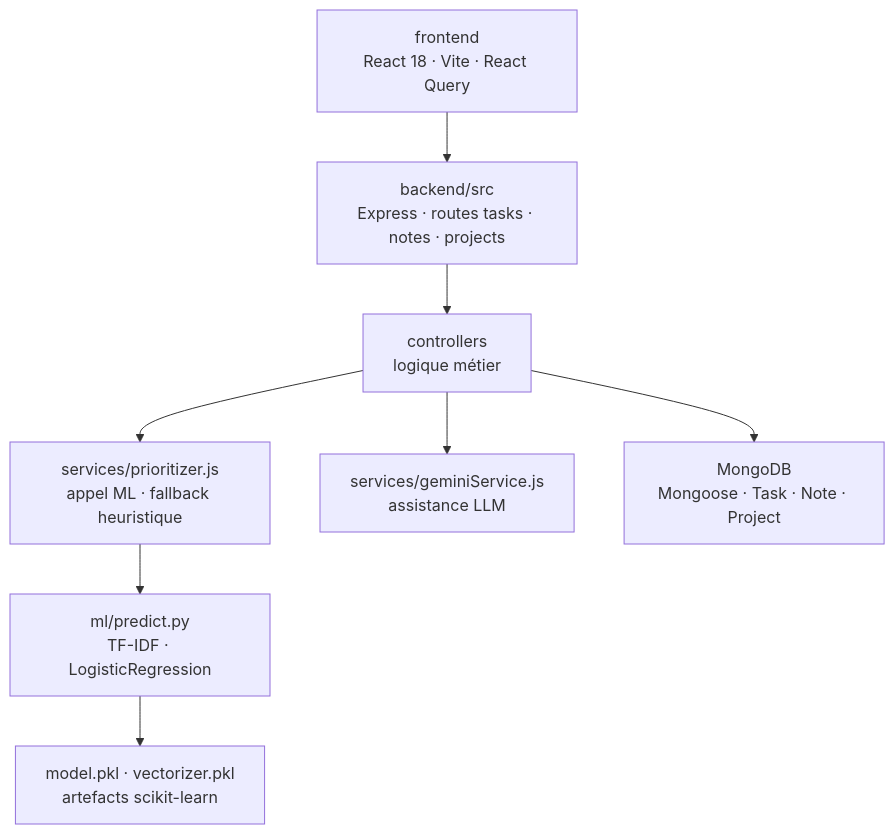
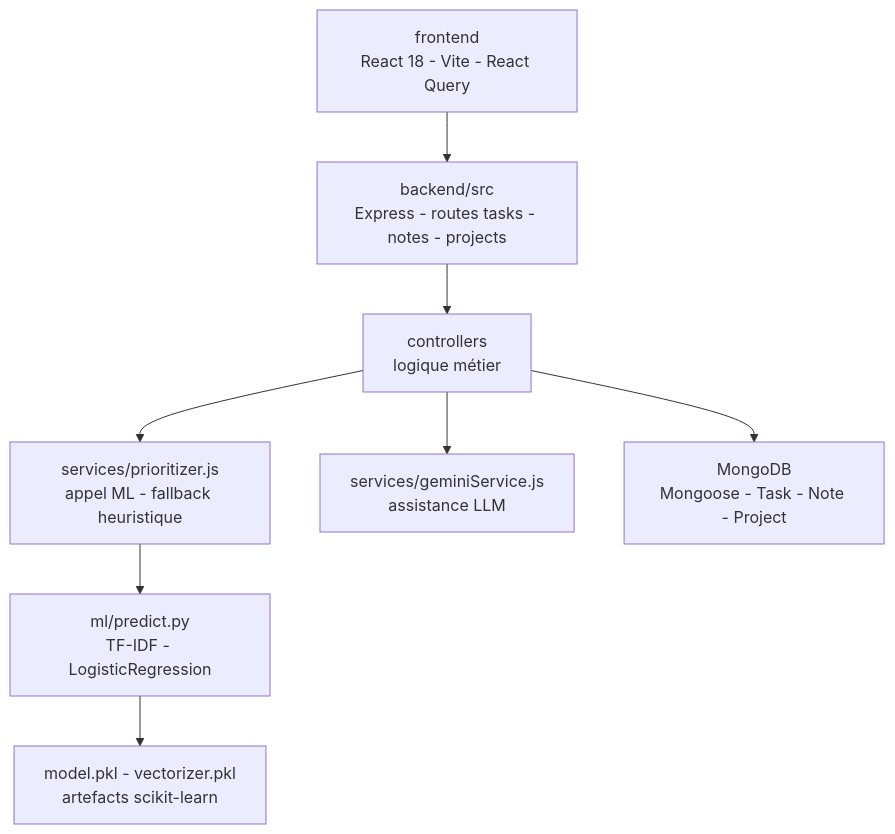
One commit to Adam-Blf/Taskmate changed the diagram in README.md. Above: the diagram before and after it, drawn with Mermaid. The commit also changed other lines of this file, not shown here.

Commit message:
docs: typography pass, no em dash or middle dot (#3)

````diff
--- a/README.md
+++ b/README.md
@@ -27,18 +27,18 @@
 ```mermaid
 flowchart TB
-    FRONT["frontend<br/>React 18 · Vite · React Query"]
-    API["backend/src<br/>Express · routes tasks · notes · projects"]
+    FRONT["frontend<br/>React 18 - Vite - React Query"]
+    API["backend/src<br/>Express - routes tasks - notes - projects"]
     CTRL["controllers<br/>logique métier"]
-    PRIOR["services/prioritizer.js<br/>appel ML · fallback heuristique"]
+    PRIOR["services/prioritizer.js<br/>appel ML - fallback heuristique"]
     GEMINI["services/geminiService.js<br/>assistance LLM"]
-    ML["ml/predict.py<br/>TF-IDF · LogisticRegression"]
-    MODEL["model.pkl · vectorizer.pkl<br/>artefacts scikit-learn"]
-    DB["MongoDB<br/>Mongoose · Task · Note · Project"]
+    ML["ml/predict.py<br/>TF-IDF - LogisticRegression"]
+    MODEL["model.pkl - vectorizer.pkl<br/>artefacts scikit-learn"]
+    DB["MongoDB<br/>Mongoose - Task - Note - Project"]
     FRONT --> API
     API --> CTRL
     CTRL --> PRIOR
     CTRL --> GEMINI
     PRIOR --> ML
     ML --> MODEL
     CTRL --> DB
 ```
````
